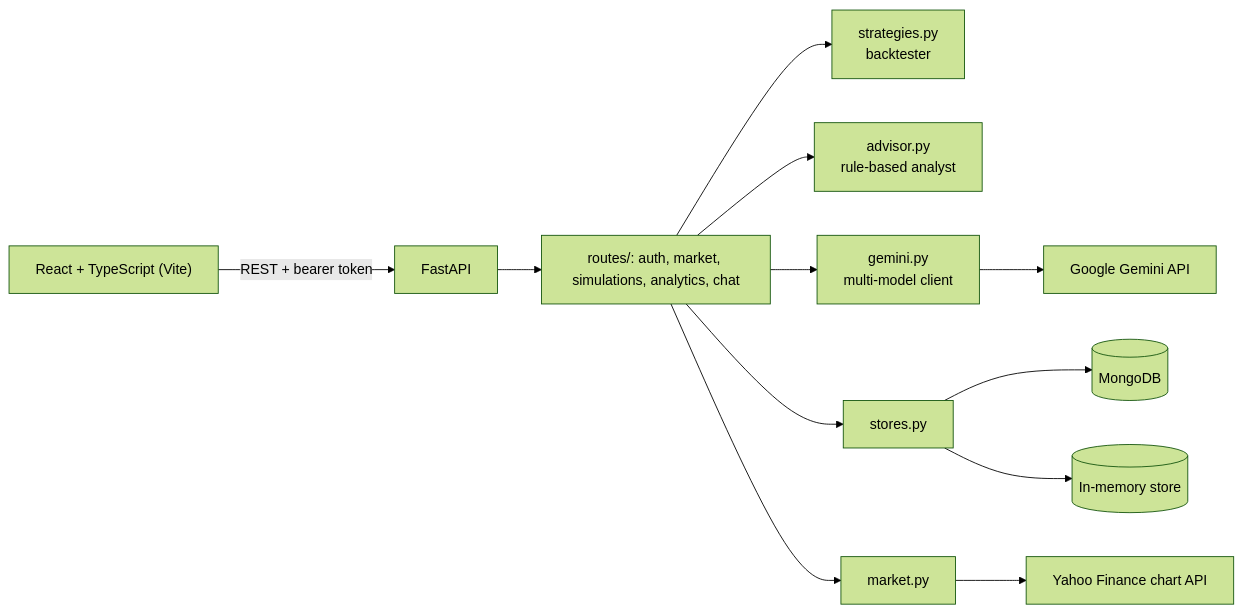
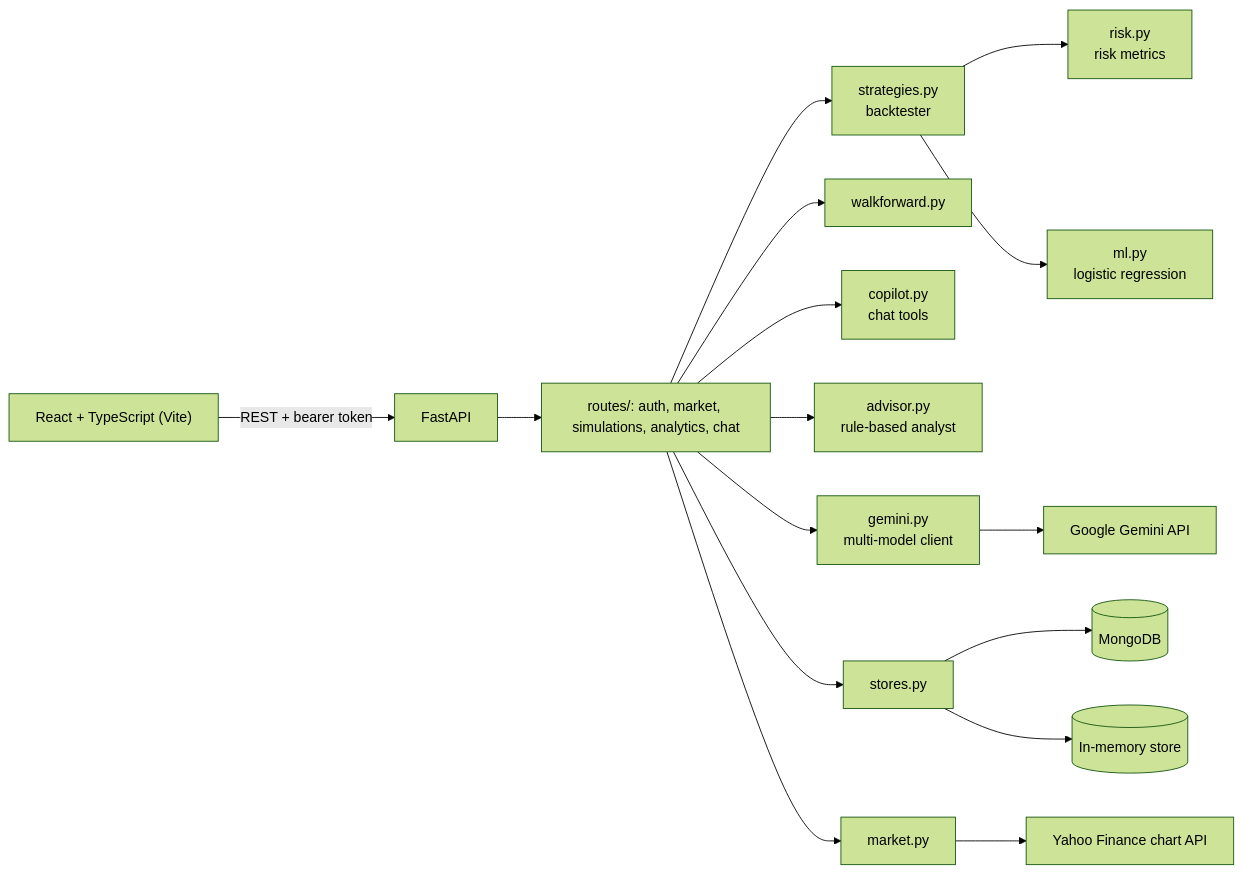
One commit to varun-sharma-2006/AlgoTrade changed the diagram in README.md. Above: the diagram before and after it, drawn with Mermaid (forest theme). The commit also changed other lines of this file and 31 other files, not shown here.

First line of the commit message:
Add risk analytics, slippage, walk-forward testing, an ML strategy and copilot actions

````diff
--- a/README.md
+++ b/README.md
@@ -53,13 +74,17 @@
 ```mermaid
 flowchart LR
     UI["React + TypeScript (Vite)"] -->|REST + bearer token| API["FastAPI"]
     API --> Routes["routes/: auth, market, simulations, analytics, chat"]
     Routes --> Strategies["strategies.py<br/>backtester"]
+    Strategies --> Risk["risk.py<br/>risk metrics"]
+    Strategies --> ML["ml.py<br/>logistic regression"]
+    Routes --> WF["walkforward.py"]
+    Routes --> Copilot["copilot.py<br/>chat tools"]
     Routes --> Advisor["advisor.py<br/>rule-based analyst"]
     Routes --> Gemini["gemini.py<br/>multi-model client"]
     Routes --> Stores["stores.py"]
     Stores --> Mongo[("MongoDB")]
     Stores --> Memory[("In-memory store")]
     Routes --> Market["market.py"] --> Yahoo["Yahoo Finance chart API"]
     Gemini --> GoogleAI["Google Gemini API"]
 ```
````
